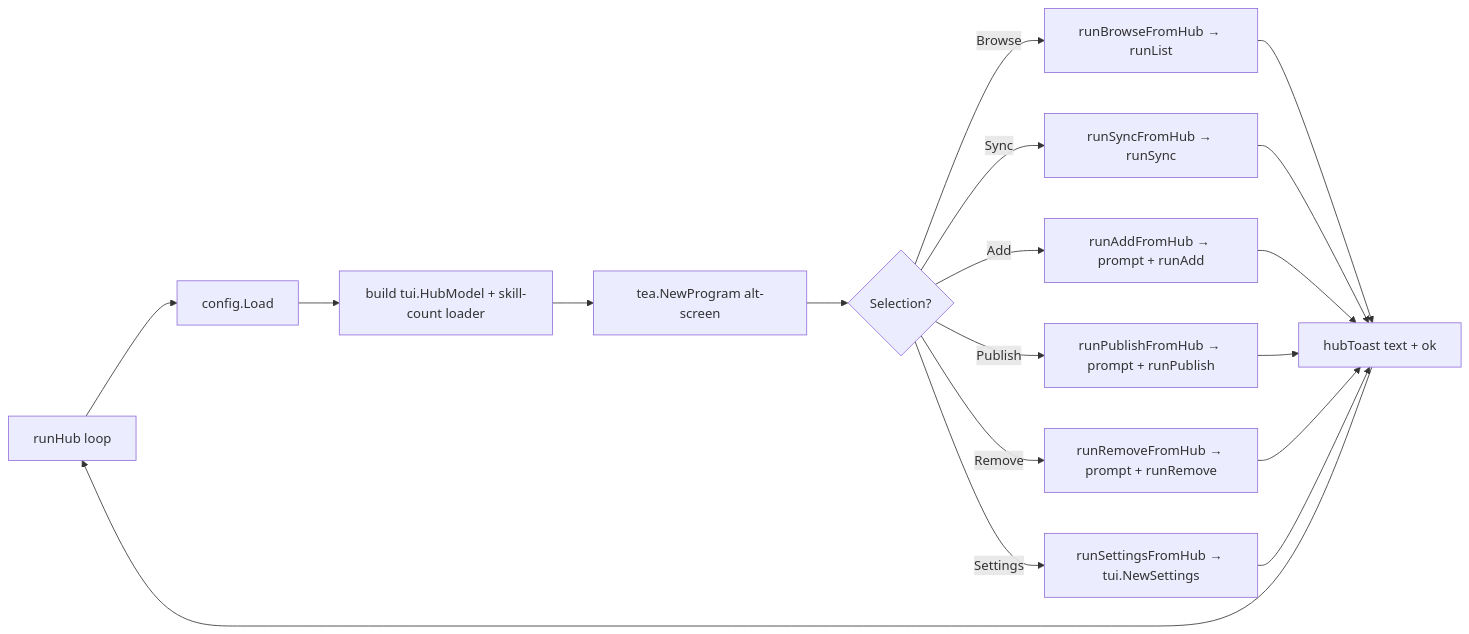
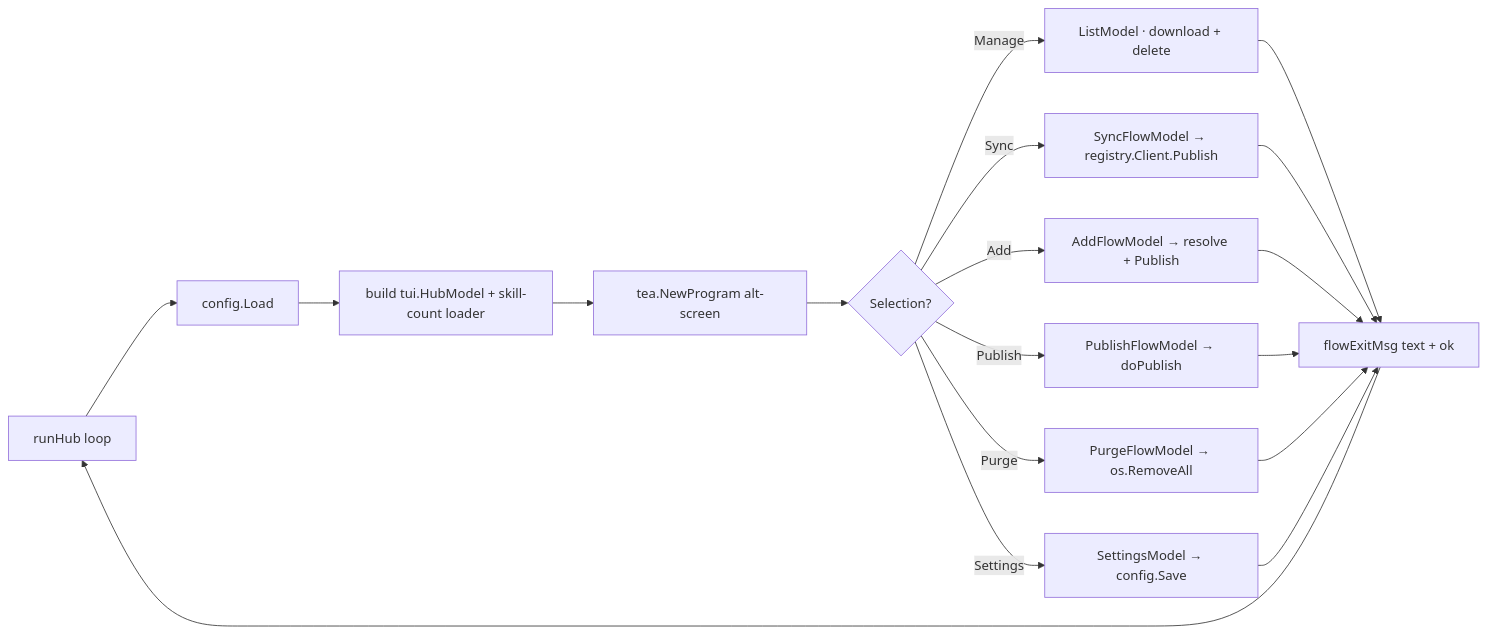
Before and after one commit to nikships/skills-registry: the third of 3 diagrams in docs/registry.md, drawn with Mermaid. The commit also changed other lines of this file and 9 other files, not shown here.

First line of the commit message:
feat(tui): add Purge Local Skills hub action

````diff
--- a/docs/registry.md
+++ b/docs/registry.md
@@ -102,15 +102,15 @@
 ```mermaid
 flowchart LR
   Loop[runHub loop] --> Load[config.Load]
   Load --> Model[build tui.HubModel + skill-count loader]
   Model --> Run[tea.NewProgram alt-screen]
   Run --> Sel{Selection?}
-  Sel -- Browse --> AB[runBrowseFromHub → runList]
-  Sel -- Sync --> AS[runSyncFromHub → runSync]
-  Sel -- Add --> AA[runAddFromHub → prompt + runAdd]
-  Sel -- Publish --> AP[runPublishFromHub → prompt + runPublish]
-  Sel -- Remove --> AR[runRemoveFromHub → prompt + runRemove]
-  Sel -- Settings --> AT[runSettingsFromHub → tui.NewSettings]
-  AB & AS & AA & AP & AR & AT --> Toast[hubToast text + ok]
+  Sel -- Manage --> AM[ListModel · download + delete]
+  Sel -- Sync --> AS[SyncFlowModel → registry.Client.Publish]
+  Sel -- Add --> AA[AddFlowModel → resolve + Publish]
+  Sel -- Publish --> AP[PublishFlowModel → doPublish]
+  Sel -- Purge --> AX[PurgeFlowModel → os.RemoveAll]
+  Sel -- Settings --> AT[SettingsModel → config.Save]
+  AM & AS & AA & AP & AX & AT --> Toast[flowExitMsg text + ok]
   Toast --> Loop
 ```
````
